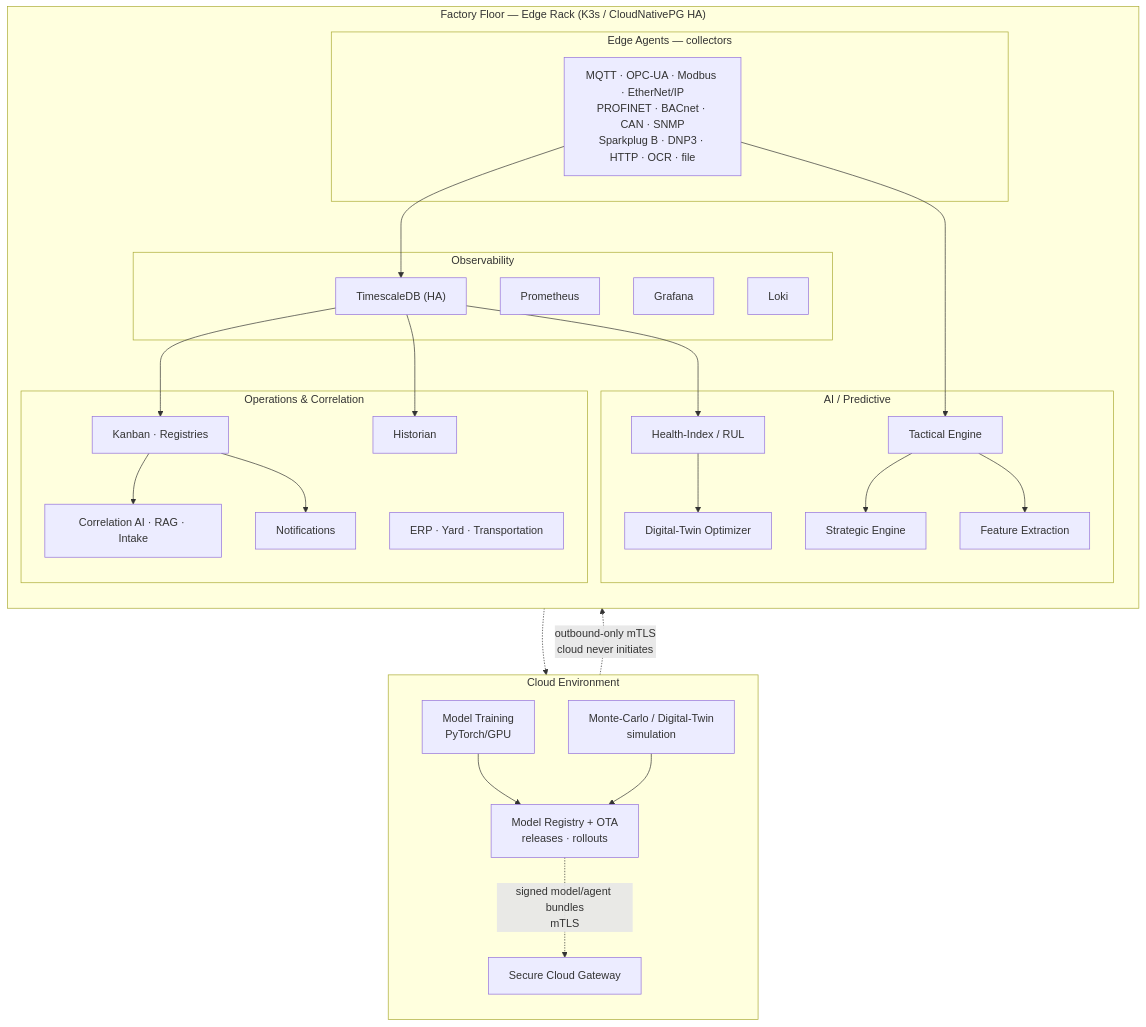
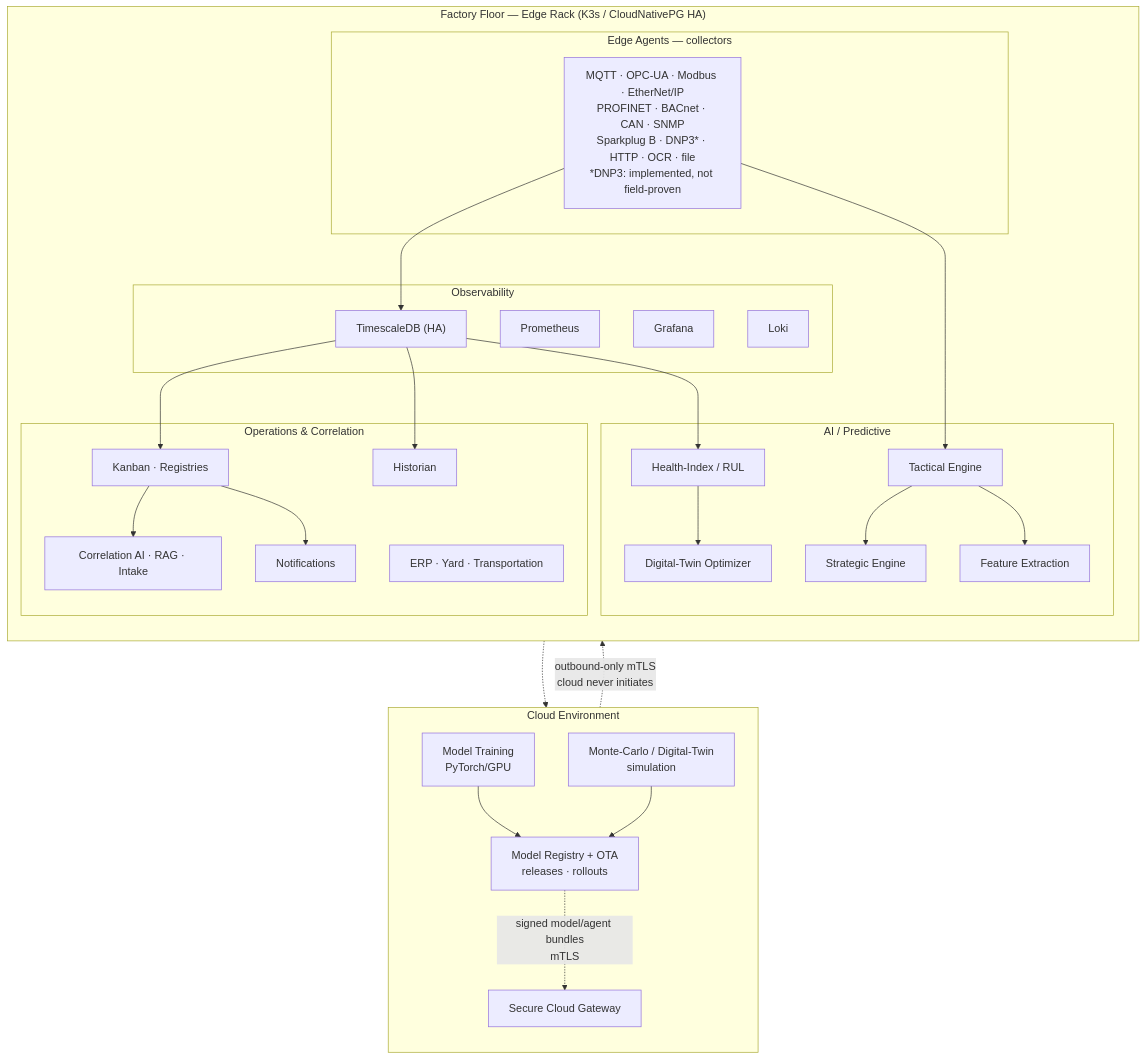
The third of 3 diagrams in README.md (SoundSafe-Dev/OmniusGrid-X), drawn with Mermaid before and after one commit. The commit also changed other lines of this file and 12 other files, not shown here.

````diff
--- a/README.md
+++ b/README.md
@@ -792,52 +810,52 @@
 ```mermaid
 flowchart TB
     subgraph CLOUD["Cloud Environment"]
         direction TB
         MT["Model Training<br/>PyTorch/GPU"]
         MC["Monte-Carlo / Digital-Twin<br/>simulation"]
         MR["Model Registry + OTA<br/>releases · rollouts"]
         CG["Secure Cloud Gateway"]
         MT --> MR
         MC --> MR
     end
 
     MR -. "signed model/agent bundles<br/>mTLS" .-> CG
 
     subgraph EDGE["Factory Floor — Edge Rack (K3s / CloudNativePG HA)"]
         direction TB
         subgraph OBS["Observability"]
             PROM["Prometheus"]
             GRAF["Grafana"]
             LOKI["Loki"]
             TSDB["TimescaleDB (HA)"]
         end
         subgraph AI["AI / Predictive"]
             TACT["Tactical Engine"]
             STRAT["Strategic Engine"]
             RUL["Health-Index / RUL"]
             TWIN["Digital-Twin Optimizer"]
             FEAT["Feature Extraction"]
         end
         subgraph AGENTS["Edge Agents — collectors"]
-            COL["MQTT · OPC-UA · Modbus · EtherNet/IP<br/>PROFINET · BACnet · CAN · SNMP<br/>Sparkplug B · DNP3 · HTTP · OCR · file"]
+            COL["MQTT · OPC-UA · Modbus · EtherNet/IP<br/>PROFINET · BACnet · CAN · SNMP<br/>Sparkplug B · DNP3* · HTTP · OCR · file<br/>*DNP3: implemented, not field-proven"]
         end
         subgraph OPS["Operations & Correlation"]
             KANBAN["Kanban · Registries"]
             NOTIF["Notifications"]
             HIST["Historian"]
             ERP2["ERP · Yard · Transportation"]
             CORR["Correlation AI · RAG · Intake"]
         end
     end
 
     CG -. "outbound-only mTLS<br/>cloud never initiates" .-> EDGE
     COL --> TACT
     COL --> TSDB
     TSDB --> RUL --> TWIN
     TACT --> STRAT
     TACT --> FEAT
     FEAT -.-> CG
     TSDB --> KANBAN --> CORR
     KANBAN --> NOTIF
     TSDB --> HIST
 ```
````
